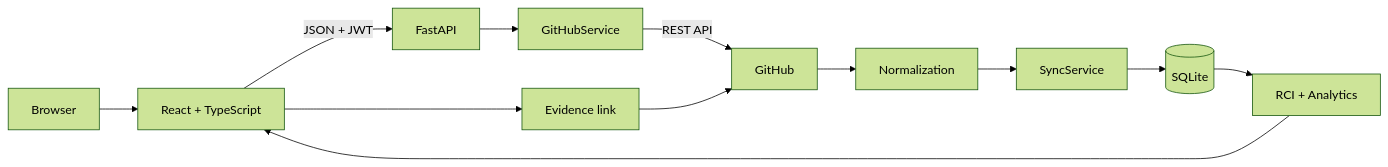
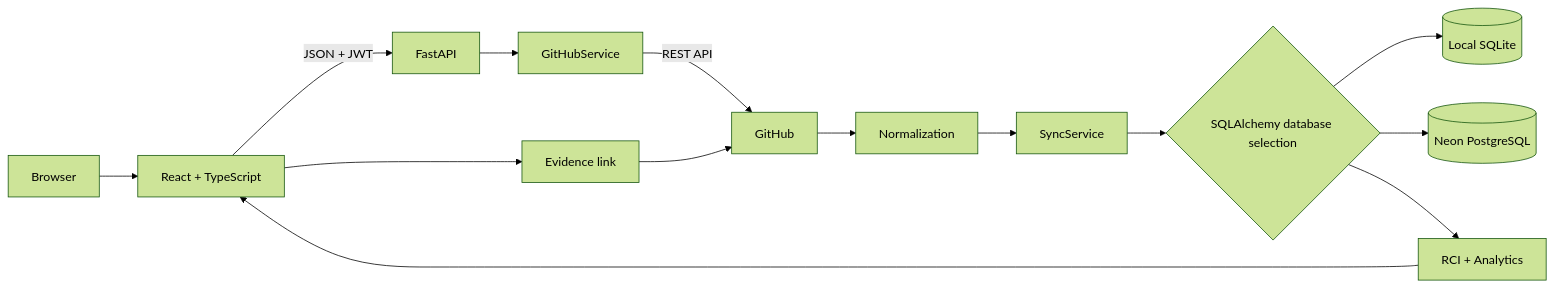
One commit to Evelyn037/Collabtrace changed the first of 2 diagrams in docs/architecture.md. Above: the diagram before and after it, drawn with Mermaid (forest theme). The commit also changed other lines of this file and 11 other files, not shown here.

Commit message:
feat: add production PostgreSQL deployment support

````diff
--- a/docs/architecture.md
+++ b/docs/architecture.md
@@ -7,14 +7,16 @@
 ```mermaid
 flowchart LR
   B[Browser] --> F[React + TypeScript]
   F -->|JSON + JWT| A[FastAPI]
   A --> G[GitHubService]
   G -->|REST API| GH[GitHub]
   GH --> N[Normalization]
   N --> S[SyncService]
-  S --> DB[(SQLite)]
+  S --> DB{SQLAlchemy database selection}
+  DB --> L[(Local SQLite)]
+  DB --> P[(Neon PostgreSQL)]
   DB --> R[RCI + Analytics]
   R --> F
   F --> E[Evidence link]
   E --> GH
 ```
````
